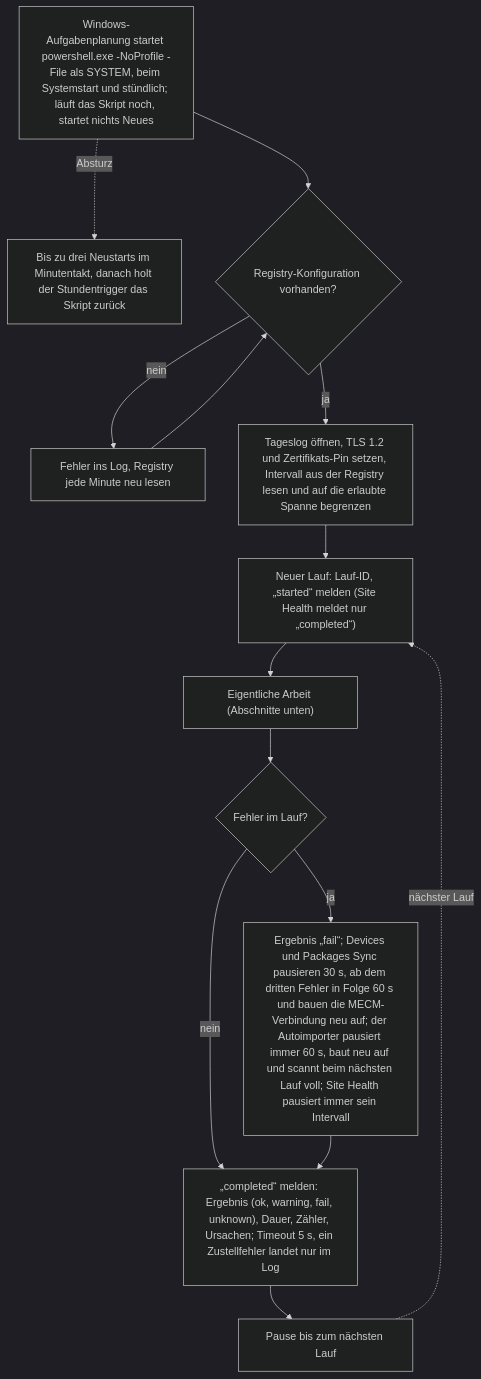
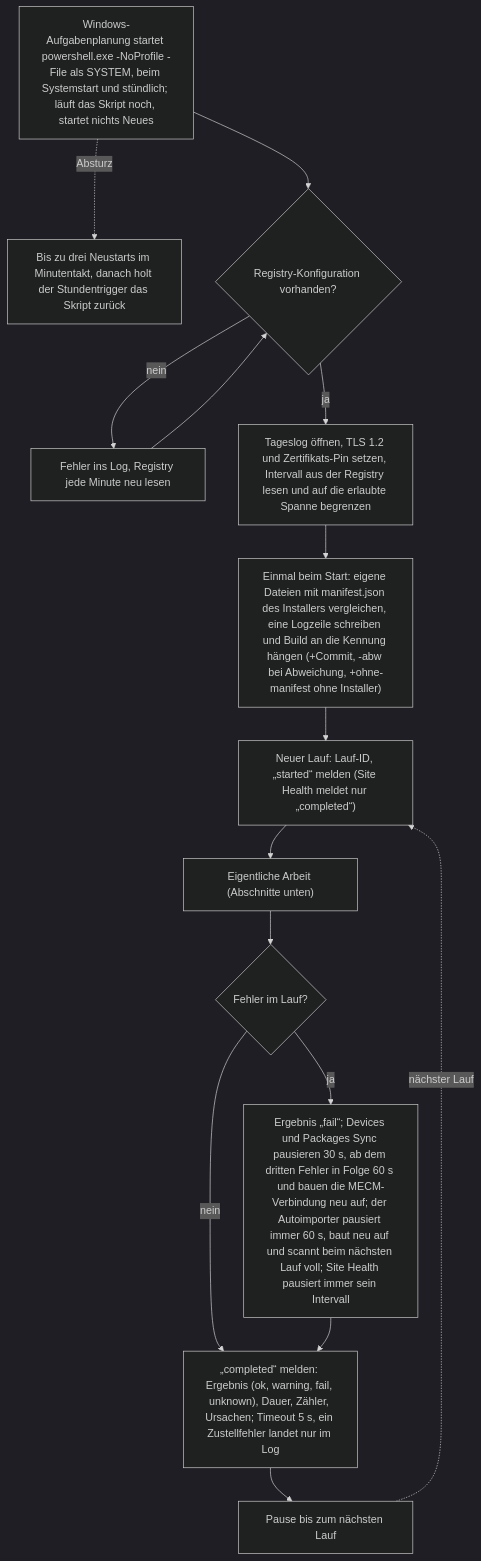
One commit to Samy94M/VirtuSphere-v2-WebApp changed the first of 5 diagrams in docs/operations/mecm-scheduled-tasks.md. Above: the diagram before and after it, drawn with Mermaid (dark theme). The commit also changed other lines of this file and 16 other files, not shown here.

````diff
--- a/docs/operations/mecm-scheduled-tasks.md
+++ b/docs/operations/mecm-scheduled-tasks.md
@@ -20,16 +20,17 @@
 ```mermaid
 flowchart TD
   T["Windows-Aufgabenplanung startet powershell.exe -NoProfile -File als SYSTEM, beim Systemstart und stündlich; läuft das Skript noch, startet nichts Neues"]
   T -.->|Absturz| TR["Bis zu drei Neustarts im Minutentakt, danach holt der Stundentrigger das Skript zurück"]
   T --> C{"Registry-Konfiguration vorhanden?"}
   C -->|nein| CW["Fehler ins Log, Registry jede Minute neu lesen"] --> C
   C -->|ja| I["Tageslog öffnen, TLS 1.2 und Zertifikats-Pin setzen, Intervall aus der Registry lesen und auf die erlaubte Spanne begrenzen"]
-  I --> S["Neuer Lauf: Lauf-ID, „started“ melden (Site Health meldet nur „completed“)"]
+  I --> B["Einmal beim Start: eigene Dateien mit manifest.json des Installers vergleichen, eine Logzeile schreiben und Build an die Kennung hängen (+Commit, -abw bei Abweichung, +ohne-manifest ohne Installer)"]
+  B --> S["Neuer Lauf: Lauf-ID, „started“ melden (Site Health meldet nur „completed“)"]
   S --> A["Eigentliche Arbeit (Abschnitte unten)"]
   A --> F{"Fehler im Lauf?"}
   F -->|ja| E["Ergebnis „fail“; Devices und Packages Sync pausieren 30 s, ab dem dritten Fehler in Folge 60 s und bauen die MECM-Verbindung neu auf; der Autoimporter pausiert immer 60 s, baut neu auf und scannt beim nächsten Lauf voll; Site Health pausiert immer sein Intervall"]
   F -->|nein| D
   E --> D["„completed“ melden: Ergebnis (ok, warning, fail, unknown), Dauer, Zähler, Ursachen; Timeout 5 s, ein Zustellfehler landet nur im Log"]
   D --> P["Pause bis zum nächsten Lauf"]
   P -.->|nächster Lauf| S
 ```
````
